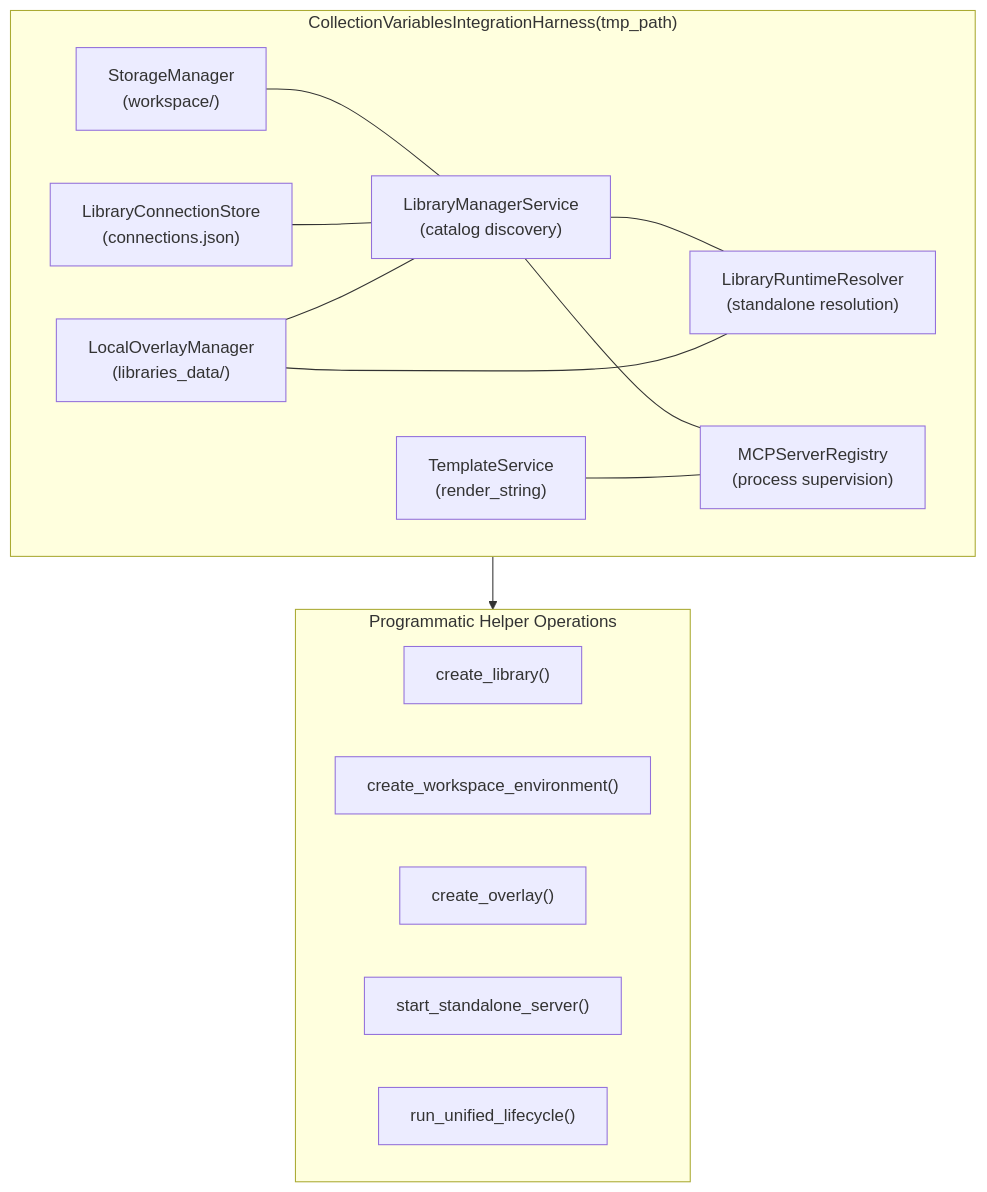
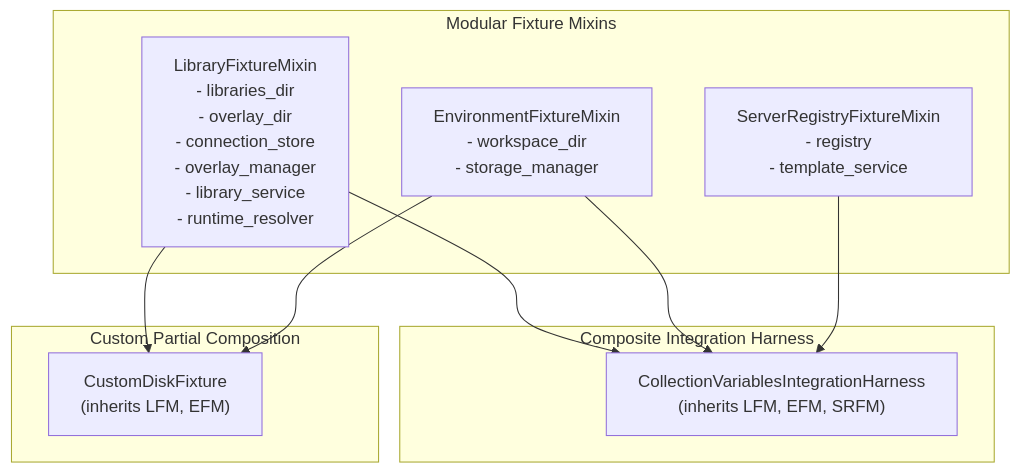
One commit to koctep/pypost changed the diagram in doc/dev/collection_integration_harness.md. Above: the diagram before and after it, drawn with Mermaid. The commit also changed other lines of this file and 10 other files, not shown here.

Commit message:
refactoring(tests): PYPOST-1433 decompose collection integration harness into modular mixins

````diff
--- a/doc/dev/collection_integration_harness.md
+++ b/doc/dev/collection_integration_harness.md
@@ -38,30 +24,23 @@
 ```mermaid
 flowchart TB
-    subgraph Harness["CollectionVariablesIntegrationHarness(tmp_path)"]
-        SM["StorageManager<br/>(workspace/)"]
-        CS["LibraryConnectionStore<br/>(connections.json)"]
-        OM["LocalOverlayManager<br/>(libraries_data/)"]
-        TS["TemplateService<br/>(render_string)"]
-        LMS["LibraryManagerService<br/>(catalog discovery)"]
-        LRR["LibraryRuntimeResolver<br/>(standalone resolution)"]
-        REG["MCPServerRegistry<br/>(process supervision)"]
-
-        SM --- LMS
-        CS --- LMS
-        OM --- LMS
-        LMS --- LRR
-        LMS --- REG
-        OM --- LRR
-        TS --- REG
+    subgraph Mixins["Modular Fixture Mixins"]
+        LFM["LibraryFixtureMixin<br/>- libraries_dir<br/>- overlay_dir<br/>- connection_store<br/>- overlay_manager<br/>- library_service<br/>- runtime_resolver"]
+        EFM["EnvironmentFixtureMixin<br/>- workspace_dir<br/>- storage_manager"]
+        SRFM["ServerRegistryFixtureMixin<br/>- registry<br/>- template_service"]
     end
 
-    subgraph Operations["Programmatic Helper Operations"]
-        CL["create_library()"]
-        CE["create_workspace_environment()"]
-        CO["create_overlay()"]
-        SS["start_standalone_server()"]
-        UL["run_unified_lifecycle()"]
+    subgraph Composite["Composite Integration Harness"]
+        CVIH["CollectionVariablesIntegrationHarness<br/>(inherits LFM, EFM, SRFM)"]
     end
 
-    Harness --> Operations
+    subgraph Custom["Custom Partial Composition"]
+        CF["CustomDiskFixture<br/>(inherits LFM, EFM)"]
+    end
+
+    LFM --> CVIH
+    EFM --> CVIH
+    SRFM --> CVIH
+
+    LFM --> CF
+    EFM --> CF
 ```
````
